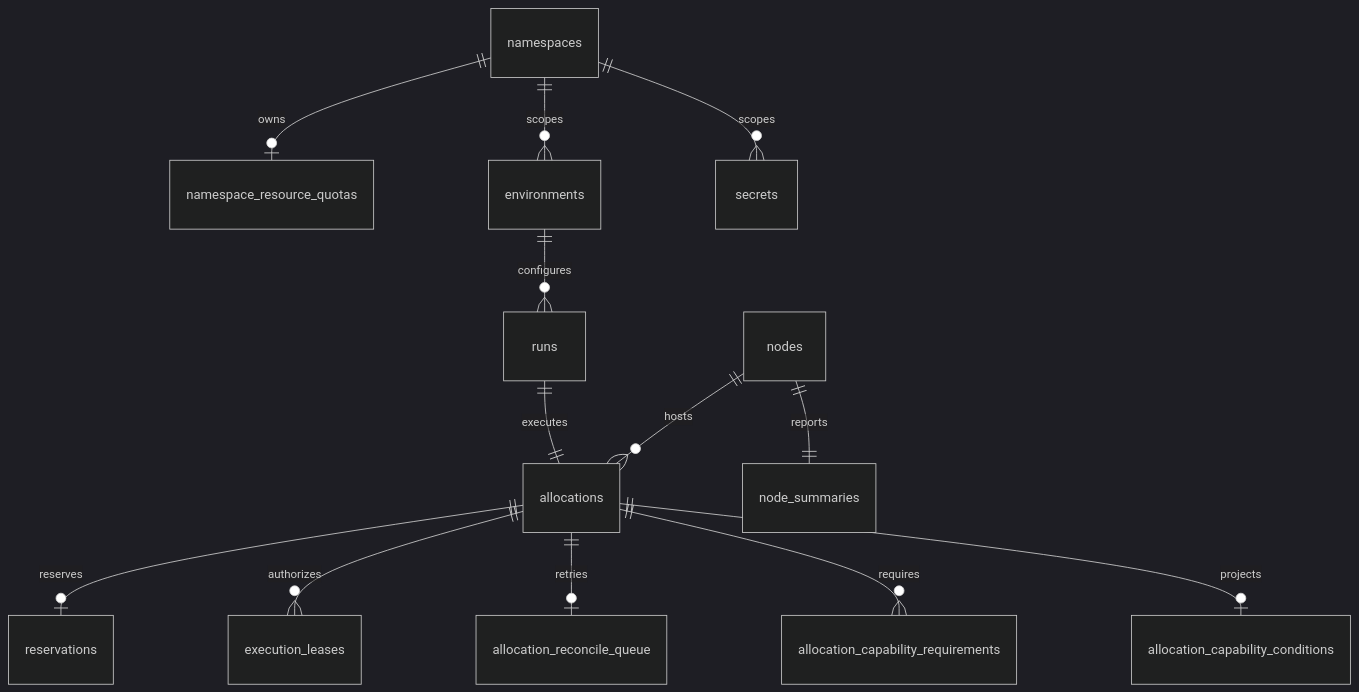
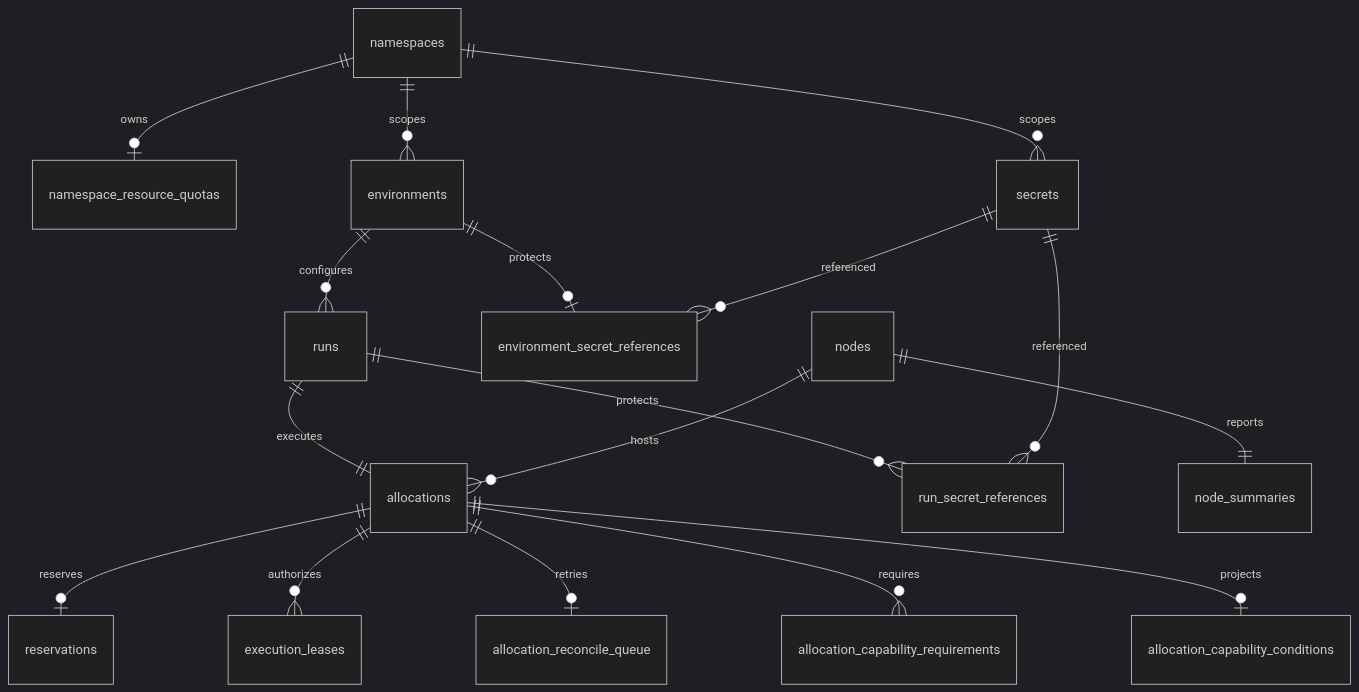
The second of 4 diagrams in control/controld/docs/postgres-schema-design.md (cofy-x/axern), drawn with Mermaid (dark theme) before and after one commit. The commit also changed other lines of this file and 73 other files, not shown here.

````diff
--- a/control/controld/docs/postgres-schema-design.md
+++ b/control/controld/docs/postgres-schema-design.md
@@ -34,15 +34,19 @@
 ```mermaid
 erDiagram
   namespaces ||--o| namespace_resource_quotas : owns
   namespaces ||--o{ environments : scopes
   namespaces ||--o{ secrets : scopes
   environments ||--o{ runs : configures
+  environments ||--o| environment_secret_references : protects
+  secrets ||--o{ environment_secret_references : referenced
   runs ||--|| allocations : executes
+  runs ||--o{ run_secret_references : protects
+  secrets ||--o{ run_secret_references : referenced
   nodes ||--o{ allocations : hosts
   nodes ||--|| node_summaries : reports
   allocations ||--o| reservations : reserves
   allocations ||--o{ execution_leases : authorizes
   allocations ||--o| allocation_reconcile_queue : retries
   allocations ||--o{ allocation_capability_requirements : requires
   allocations ||--o| allocation_capability_conditions : projects
 ```
````
